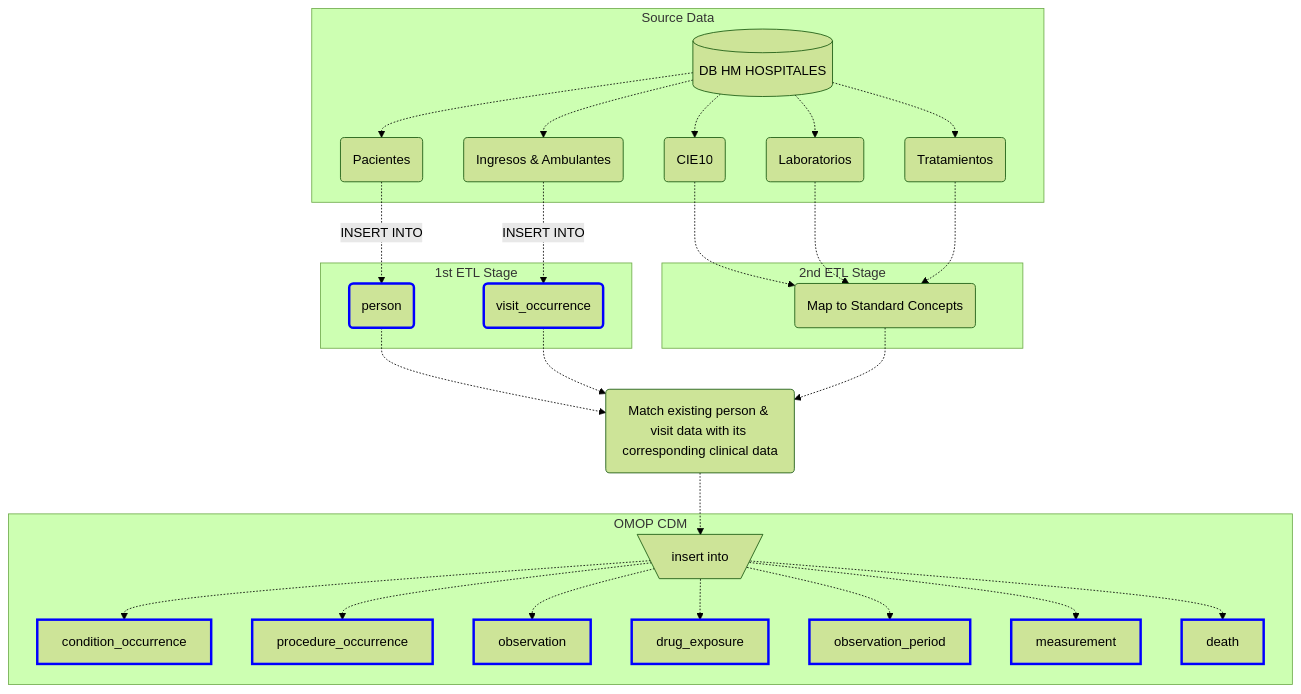
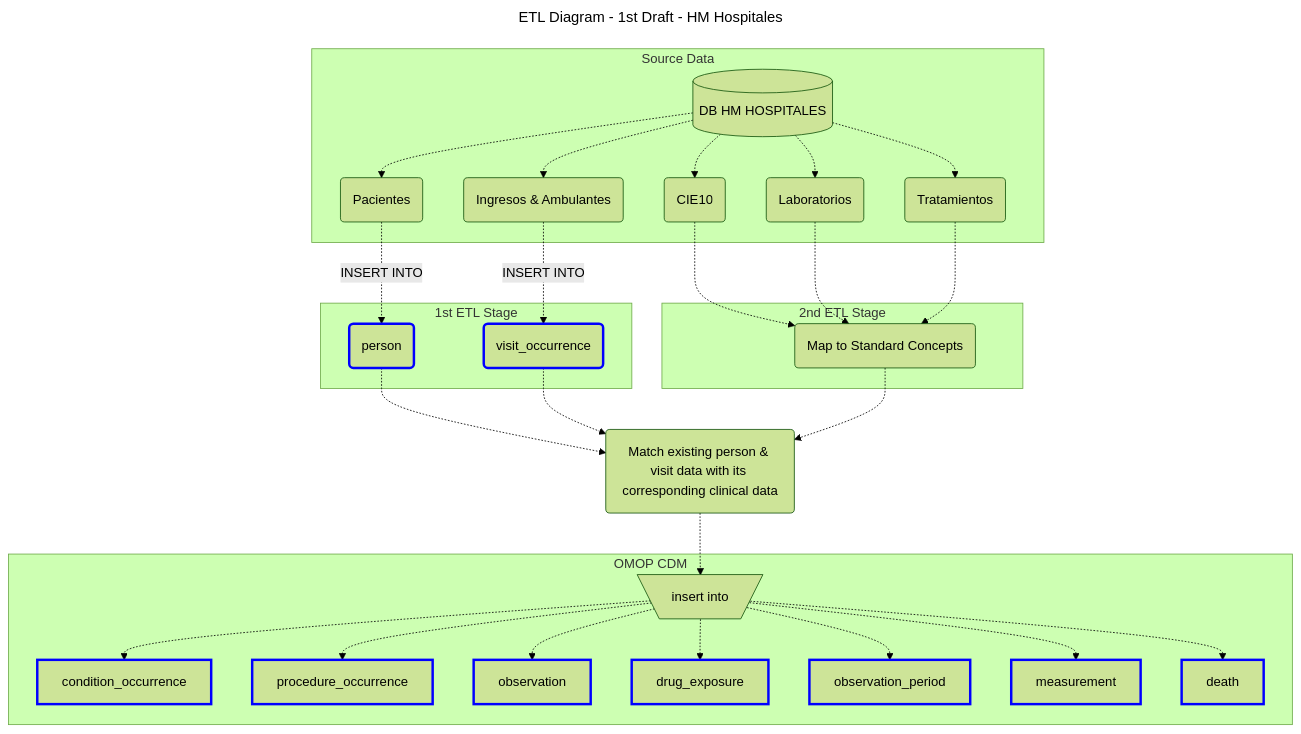
Before and after one commit to edeliahm/OMOP-CDM-FiHM: the diagram in POPULATE CDM TABLES/README.MD, drawn with Mermaid (forest theme).

````diff
--- a/POPULATE CDM TABLES/README.MD
+++ b/POPULATE CDM TABLES/README.MD
@@ -1,37 +1,40 @@
 ```mermaid
+---
+title: ETL Diagram - 1st Draft - HM Hospitales
+---
 flowchart TD
     db[(DB HM HOSPITALES)]
     subgraph Source Data 
     db -.-> pac(Pacientes)
     db -.-> episodios(Ingresos & Ambulantes)
     db -.-> cie(CIE10)
     db -.-> trat(Tratamientos)
     db -.-> lab(Laboratorios)
     end
 
 subgraph 2nd ETL Stage
     cie & lab & trat -.-> map(Map to Standard Concepts)
 end
 
 subgraph 1st ETL Stage
     pac -.-> |INSERT INTO| person(person)
     episodios -.-> |INSERT INTO| visit_occ(visit_occurrence)
     style person fill:#,stroke:#00f,stroke-width:3px
     style visit_occ fill:#,stroke:#00f,stroke-width:3px
 end
 
 person & visit_occ & map -.-> match(Match existing person & visit data with its corresponding clinical data)
 
 match -.-> insert[\insert into/]
 
 subgraph OMOP CDM
 insert -.-> condition_occurrence & procedure_occurrence & observation & drug_exposure & observation_period & measurement & death
     style condition_occurrence fill:#,stroke:#00f,stroke-width:3px
     style procedure_occurrence fill:#,stroke:#00f,stroke-width:3px
     style observation fill:#,stroke:#00f,stroke-width:3px
     style observation_period fill:#,stroke:#00f,stroke-width:3px
     style drug_exposure fill:#,stroke:#00f,stroke-width:3px
     style measurement fill:#,stroke:#00f,stroke-width:3px
     style death fill:#,stroke:#00f,stroke-width:3px
 end
 ```
````
